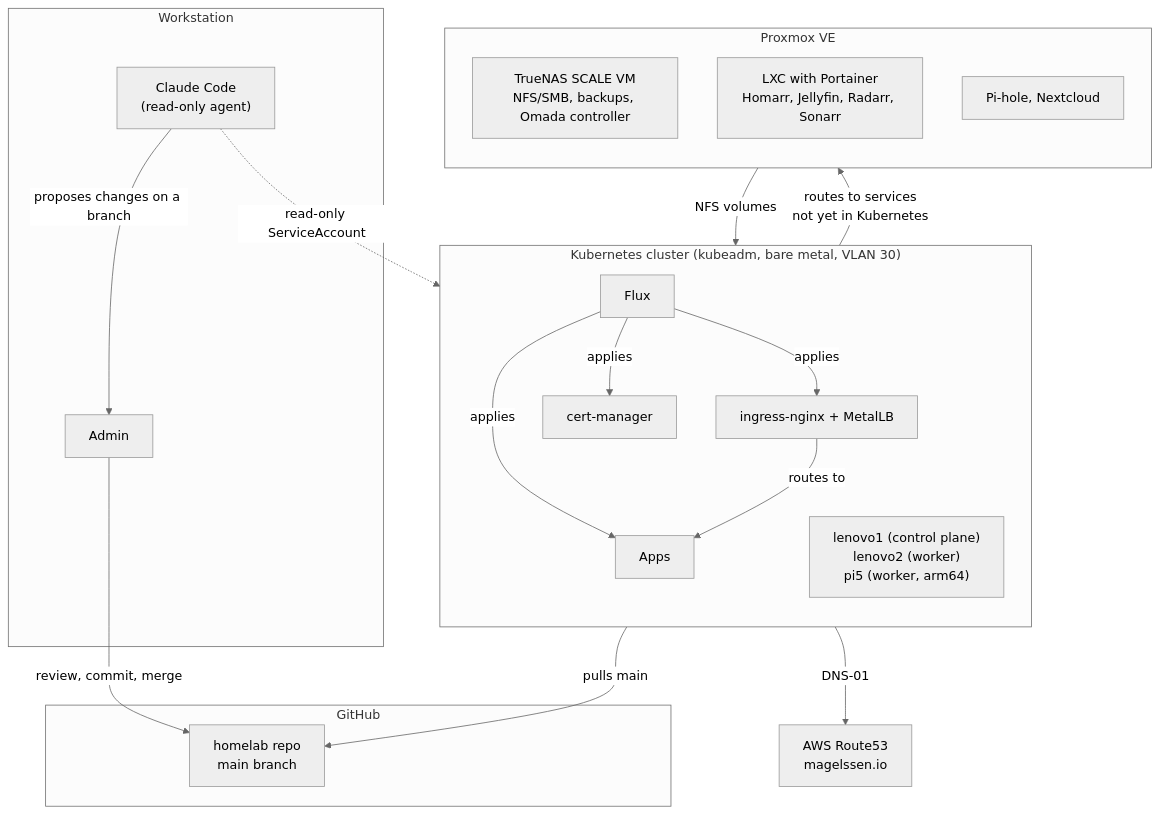
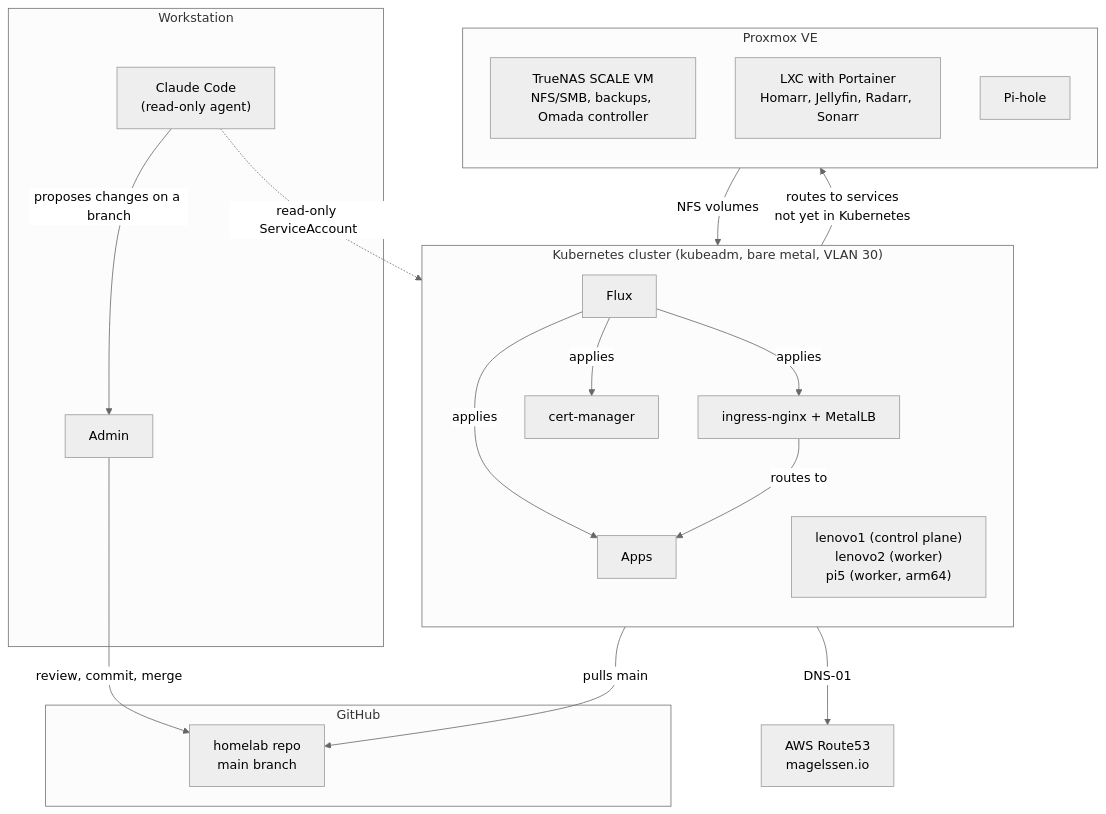
The diagram in README.md (l4rma/homelab), drawn with Mermaid (neutral theme) before and after one commit. The commit also changed other lines of this file and 6 other files, not shown here.

````diff
--- a/README.md
+++ b/README.md
@@ -13,41 +13,41 @@
 ```mermaid
 flowchart TB
     subgraph workstation["Workstation"]
         admin["Admin"]
         claude["Claude Code<br/>(read-only agent)"]
     end
 
     subgraph github["GitHub"]
         repo["homelab repo<br/>main branch"]
     end
 
     subgraph k8s["Kubernetes cluster (kubeadm, bare metal, VLAN 30)"]
         direction TB
         flux["Flux"]
         ingress["ingress-nginx + MetalLB"]
         certmanager["cert-manager"]
         apps["Apps"]
         nodes["lenovo1 (control plane)<br/>lenovo2 (worker)<br/>pi5 (worker, arm64)"]
     end
 
     subgraph proxmox["Proxmox VE"]
         direction TB
         truenas["TrueNAS SCALE VM<br/>NFS/SMB, backups, Omada controller"]
         portainer["LXC with Portainer<br/>Homarr, Jellyfin, Radarr, Sonarr"]
-        otherservices["Pi-hole, Nextcloud"]
+        otherservices["Pi-hole"]
     end
 
     route53["AWS Route53<br/>magelssen.io"]
 
     claude -- "proposes changes on a branch" --> admin
     admin -- "review, commit, merge" --> repo
     flux -- "pulls main" --> repo
     flux -- "applies" --> ingress
     flux -- "applies" --> certmanager
     flux -- "applies" --> apps
     claude -. "read-only ServiceAccount" .-> k8s
     certmanager -- "DNS-01" --> route53
     ingress -- "routes to" --> apps
     ingress -- "routes to services<br/>not yet in Kubernetes" --> proxmox
     truenas -- "NFS volumes" --> apps
 ```
````
